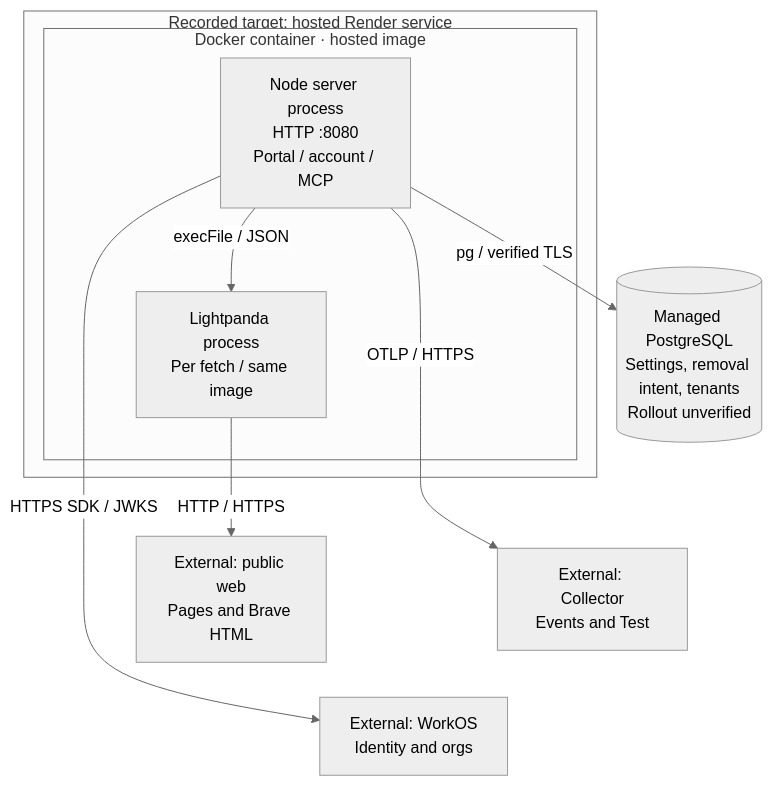
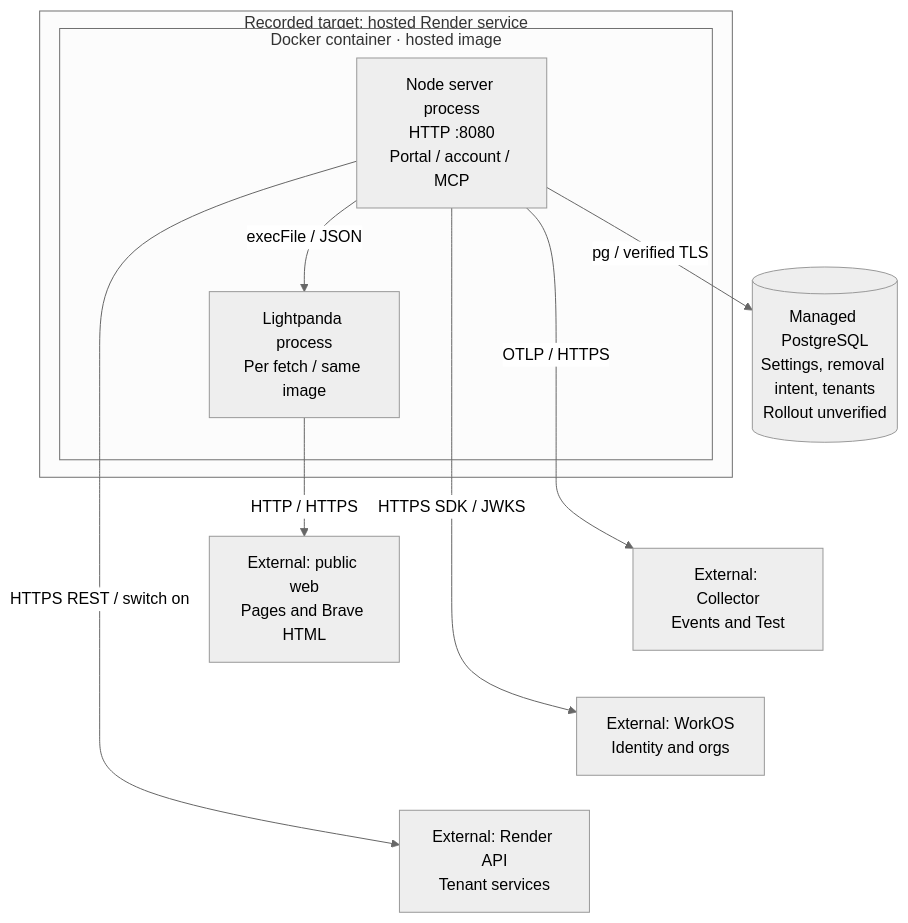
One commit to tomer-mayara/Thermus changed diagram 18 of 18 in architecture/components.md. Above: the diagram before and after it, drawn with Mermaid (neutral theme). The commit also changed other lines of this file and 55 other files, not shown here.

First line of the commit message:
Provision a tenant service on Render from a requested registry row (SO-06) (#283)

````diff
--- a/architecture/components.md
+++ b/architecture/components.md
@@ -1280,22 +1373,25 @@
 ```mermaid
 %%{init: {"flowchart": {"wrappingWidth": 130, "nodeSpacing": 20, "rankSpacing": 35, "subGraphTitleMargin": {"top": 0, "bottom": 12}}}}%%
 flowchart TB
   subgraph deploy_hosted["Recorded target: hosted Render service"]
     subgraph deploy_hosted_docker["Docker container · hosted image"]
       deploy_hosted_node["Node server process<br/>HTTP :8080<br/>Portal / account / MCP"]
       deploy_hosted_child["Lightpanda process<br/>Per fetch / same image"]
     end
     deploy_hosted_node -->|execFile / JSON| deploy_hosted_child
   end
   deploy_settings[("Managed PostgreSQL<br/>Settings, removal intent, tenants<br/>Rollout unverified")]
   deploy_collector["External: Collector<br/>Events and Test"]
   deploy_workos["External: WorkOS<br/>Identity and orgs"]
   deploy_public["External: public web<br/>Pages and Brave HTML"]
+  deploy_render["External: Render API<br/>Tenant services"]
   deploy_hosted_node -->|pg / verified TLS| deploy_settings
   deploy_hosted_node -->|OTLP / HTTPS| deploy_collector
   deploy_hosted_node -->|HTTPS SDK / JWKS| deploy_workos
   deploy_hosted_child -->|HTTP / HTTPS| deploy_public
+  deploy_hosted_node -->|HTTPS REST / switch on| deploy_render
   %% Invisible links keep external services in one column.
   deploy_settings ~~~ deploy_collector
   deploy_collector ~~~ deploy_workos
+  deploy_workos ~~~ deploy_render
 ```
````
